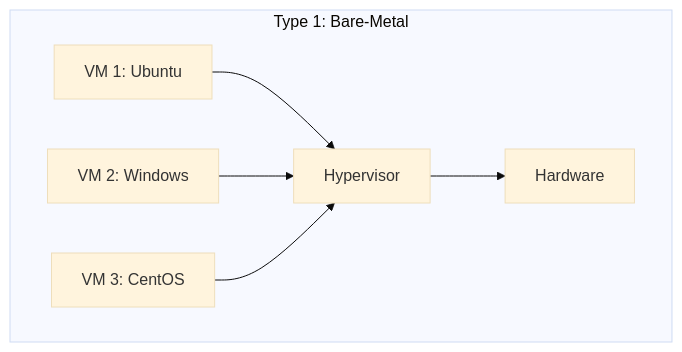
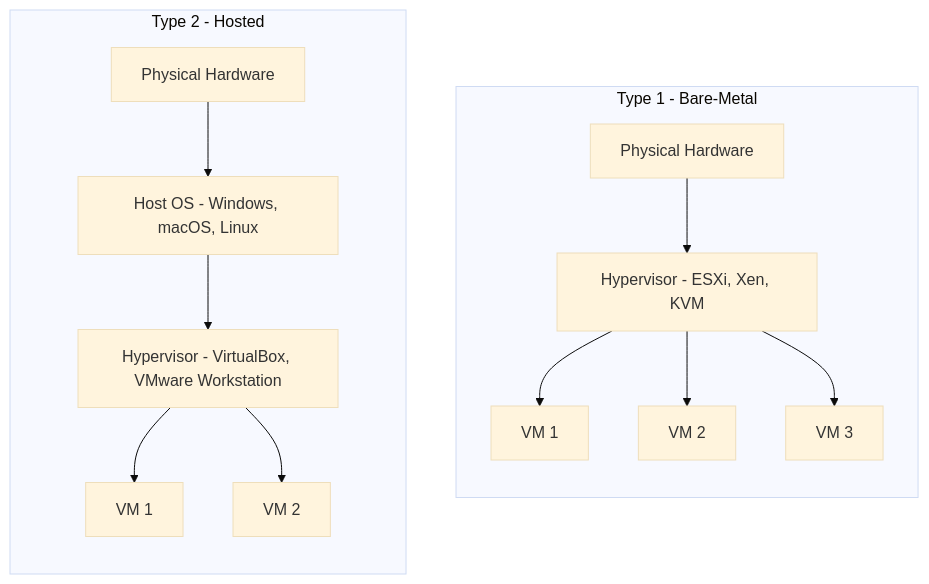
The first of 6 diagrams in src/cloud/virtualization/hypervisors.md (vanos001/placement_prep), drawn with Mermaid (base theme) before and after one commit. The commit also changed other lines of this file and 6 other files, not shown here.

````diff
--- a/src/cloud/virtualization/hypervisors.md
+++ b/src/cloud/virtualization/hypervisors.md
@@ -11,9 +9,30 @@
 ```mermaid
-graph TD
-    subgraph Type1[Type 1: Bare-Metal]
-        VM1[VM 1: Ubuntu] --> HV[Hypervisor]
-        VM2[VM 2: Windows] --> HV
-        VM3[VM 3: CentOS] --> HV
-        HV --> HW[Hardware]
+graph TB
+    subgraph "Type 1 - Bare-Metal"
+        direction TB
+        HW1[Physical Hardware]
+        T1[Hypervisor - ESXi, Xen, KVM]
+        VM1A[VM 1]
+        VM1B[VM 2]
+        VM1C[VM 3]
+
+        HW1 --> T1
+        T1 --> VM1A
+        T1 --> VM1B
+        T1 --> VM1C
+    end
+
+    subgraph "Type 2 - Hosted"
+        direction TB
+        HW2[Physical Hardware]
+        HOST[Host OS - Windows, macOS, Linux]
+        T2[Hypervisor - VirtualBox, VMware Workstation]
+        VM2A[VM 1]
+        VM2B[VM 2]
+
+        HW2 --> HOST
+        HOST --> T2
+        T2 --> VM2A
+        T2 --> VM2B
     end
 ```
````
